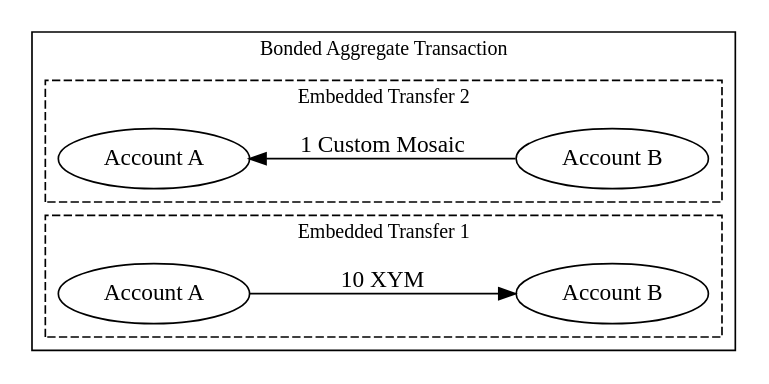
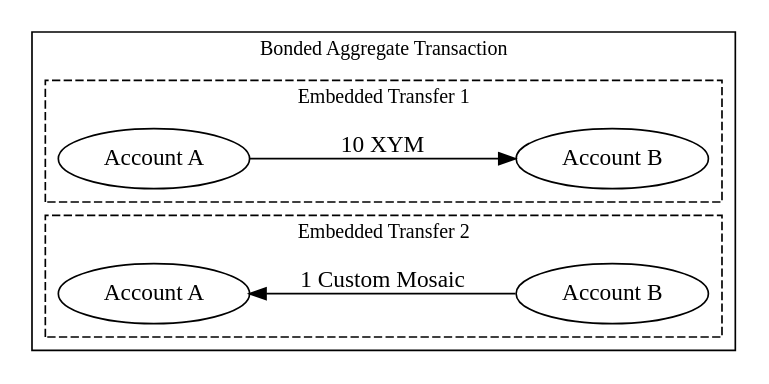
Before and after one commit to symbol/symbol: the diagram in mkdocs/pages/en/devbook/transactions/bonded-aggregate.md, drawn with Graphviz. The commit also changed other lines of this file and 3 other files, not shown here.

````diff
--- a/mkdocs/pages/en/devbook/transactions/bonded-aggregate.md
+++ b/mkdocs/pages/en/devbook/transactions/bonded-aggregate.md
@@ -12,27 +12,26 @@
 ```dot
 digraph {
     rankdir="LR";
     fontsize=12;
     subgraph clusterAggregate {
         label = "Bonded Aggregate Transaction";
         tooltip = "Bonded Aggregate Transaction";
-        subgraph clusterT2 {
-            label = "Embedded Transfer 2";
-            tooltip = "Embedded Transfer 2";
-            style = dashed;
-            A1 [label="Account A" tooltip="Account A"];
-            B1 [label="Account B" tooltip="Account B"];
-            A1 -> B1 [label="1 Custom Mosaic" dir=back];
-        }
         subgraph clusterT1 {
             label = "Embedded Transfer 1";
             tooltip = "Embedded Transfer 1";
             style = dashed;
             A2 [label="Account A" tooltip="Account A"];
             B2 [label="Account B" tooltip="Account B"];
             A2 -> B2 [label="10 XYM"];
         }
-
+        subgraph clusterT2 {
+          label = "Embedded Transfer 2";
+          tooltip = "Embedded Transfer 2";
+          style = dashed;
+          A1 [label="Account A" tooltip="Account A"];
+          B1 [label="Account B" tooltip="Account B"];
+          A1 -> B1 [label="1 Custom Mosaic" dir=back];
+        }
     }
 }
 ```
````
